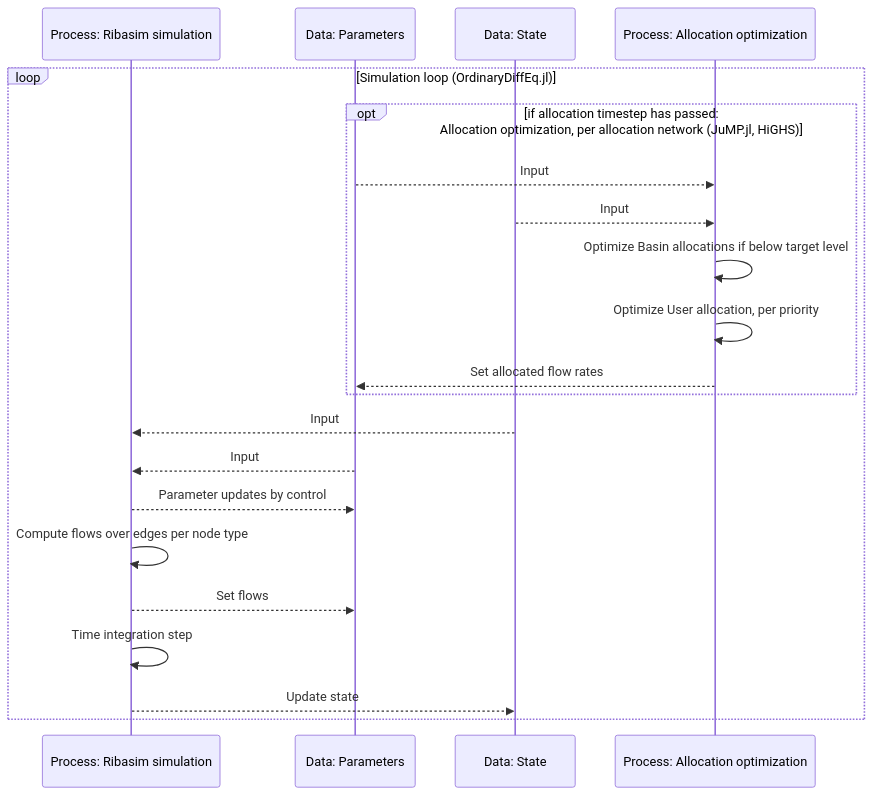
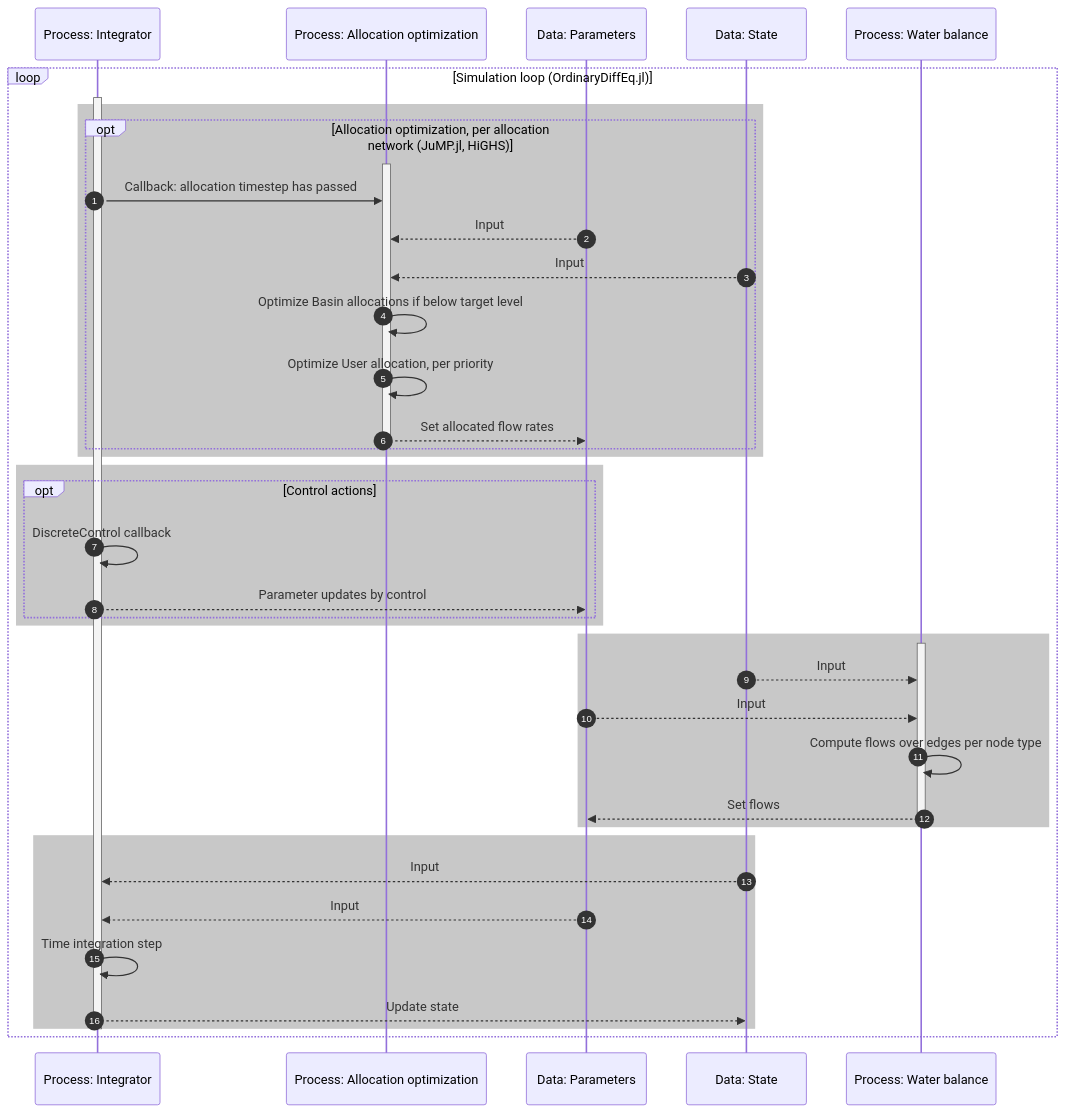
The second of 2 diagrams in docs/core/index.qmd (Deltares/Ribasim), drawn with Mermaid before and after one commit. The commit also changed other lines of this file, not shown here.

Commit message:
Update diagram and its description

````diff
--- a/docs/core/index.qmd
+++ b/docs/core/index.qmd
@@ -30,23 +35,49 @@
 ```{mermaid}
 sequenceDiagram
-    participant Sim as Process: Ribasim simulation
+    autonumber
+    participant Int as Process: Integrator
+    participant Optim as Process: Allocation optimization
     participant Param as Data: Parameters
     participant State as Data: State
-    participant Optim as Process: Allocation optimization
+    participant Sim as Process: Water balance
     loop Simulation loop (OrdinaryDiffEq.jl)
-        opt if allocation timestep has passed:<br>Allocation optimization, per allocation network (JuMP.jl, HiGHS)
-            Param-->>Optim: Input
-            State-->>Optim: Input
-            Optim->>Optim: Optimize Basin allocations if below target level
-            Optim->>Optim: Optimize User allocation, per priority
-            Optim-->>Param: Set allocated flow rates
+        activate Int
+        %% Allocation
+        rect rgb(200, 200, 200)
+            opt Allocation optimization, per allocation network (JuMP.jl, HiGHS)
+                activate Optim
+                Int->>Optim: Callback: allocation timestep has passed
+                Param-->>Optim: Input
+                State-->>Optim: Input
+                Optim->>Optim: Optimize Basin allocations if below target level
+                Optim->>Optim: Optimize User allocation, per priority
+                Optim-->>Param: Set allocated flow rates
+                deactivate Optim
+            end
         end
-        State-->>Sim: Input
-        Param-->>Sim: Input
-        Sim-->>Param: Parameter updates by control
-        Sim->>Sim: Compute flows over edges per node type
-        Sim-->>Param: Set flows
-        Sim->>Sim: Time integration step
-        Sim-->>State: Update state
+        %% Control
+        rect rgb(200, 200, 200)
+            opt Control actions
+                Int->>Int: DiscreteControl callback
+                Int-->>Param: Parameter updates by control
+            end
+        end
+        %% water_balance!
+        rect rgb(200, 200, 200)
+            activate Sim
+            State-->>Sim: Input
+            Param-->>Sim: Input
+            Sim->>Sim: Compute flows over edges per node type
+            Sim-->>Param: Set flows
+            deactivate Sim
+        end
+        %% Time integration
+        rect rgb(200, 200, 200)
+            State-->>Int: Input
+            Param-->>Int: Input
+            Int->>Int: Time integration step
+            Int-->>State: Update state
+        end
+        deactivate Int
   end
 ```
````
